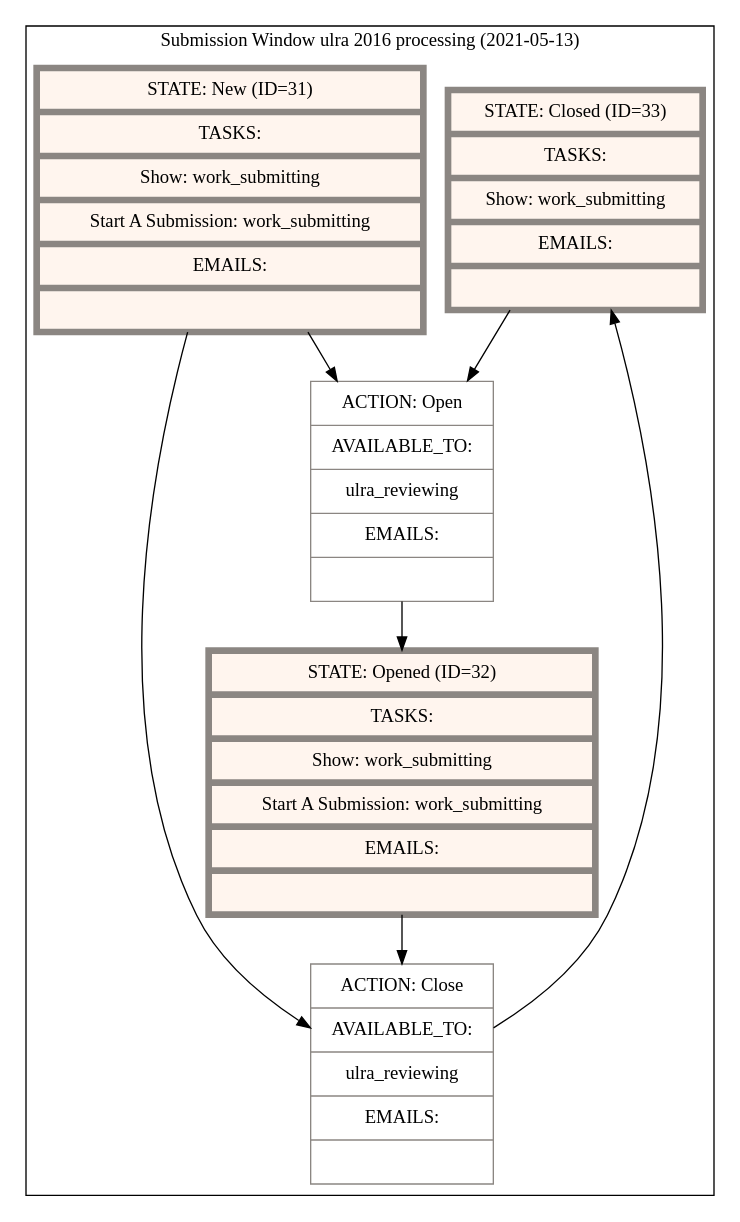
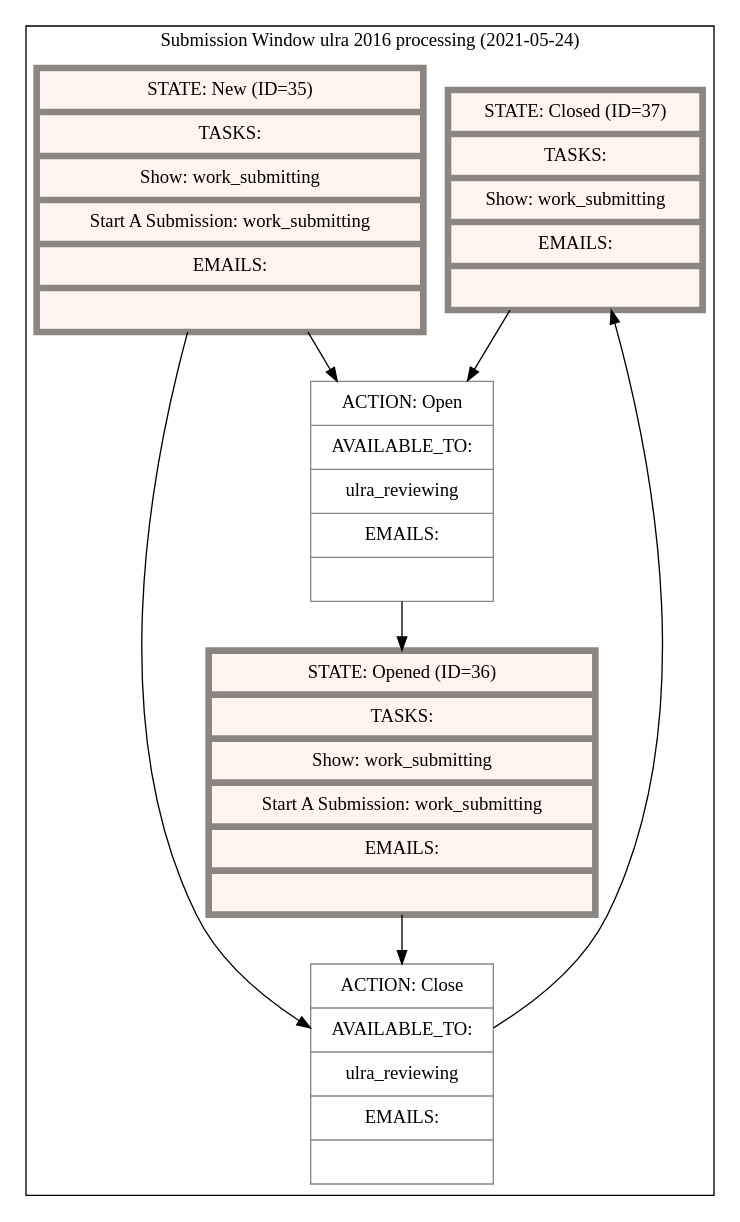
The diagram in artifacts/state_machines/submission_window_ulra_2016_processing.dot (ndlib/sipity), drawn with Graphviz before and after one commit. The commit also changed 11 other files, not shown here.

```diff
--- a/artifacts/state_machines/submission_window_ulra_2016_processing.dot
+++ b/artifacts/state_machines/submission_window_ulra_2016_processing.dot
@@ -1,27 +1,27 @@
 digraph "G" {
   compound=true;
   node[color="grey15" margin="0.15, 0.125"];
   subgraph cluster_0 {
-    label="Submission Window ulra 2016 processing (2021-05-13)"
+    label="Submission Window ulra 2016 processing (2021-05-24)"
     node[style=filled fillcolor=white color="seashell4"]
     subgraph 0 {
       label="States";
       node[shape="record" fillcolor="seashell1" penwidth=5]
-      state_closed [label="{ STATE: Closed (ID=33)| TASKS: | Show: work_submitting | EMAILS: |  }"]
-      state_new [label="{ STATE: New (ID=31)| TASKS: | Show: work_submitting | Start A Submission: work_submitting | EMAILS: |  }"]
-      state_opened [label="{ STATE: Opened (ID=32)| TASKS: | Show: work_submitting | Start A Submission: work_submitting | EMAILS: |  }"]
+      state_closed [label="{ STATE: Closed (ID=37)| TASKS: | Show: work_submitting | EMAILS: |  }"]
+      state_new [label="{ STATE: New (ID=35)| TASKS: | Show: work_submitting | Start A Submission: work_submitting | EMAILS: |  }"]
+      state_opened [label="{ STATE: Opened (ID=36)| TASKS: | Show: work_submitting | Start A Submission: work_submitting | EMAILS: |  }"]
     }
     subgraph 1 {
       label="Actions"
       node[shape="record" shape=record penwidth=1]
         action_open [label="{ ACTION: Open | AVAILABLE_TO: | ulra_reviewing | EMAILS: |  }"]
         action_close [label="{ ACTION: Close | AVAILABLE_TO: | ulra_reviewing | EMAILS: |  }"]
     }
       state_closed -> action_open
       action_open -> state_opened
       state_new -> action_open
       state_new -> action_close
       action_close -> state_closed
       state_opened -> action_close
   }
 }
```
